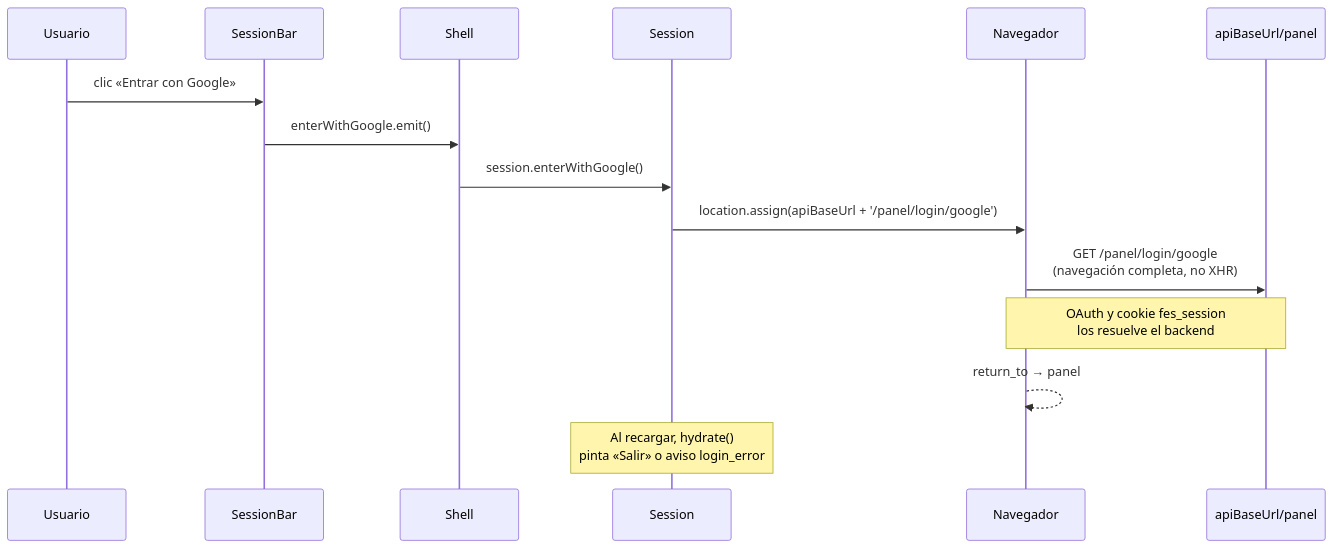
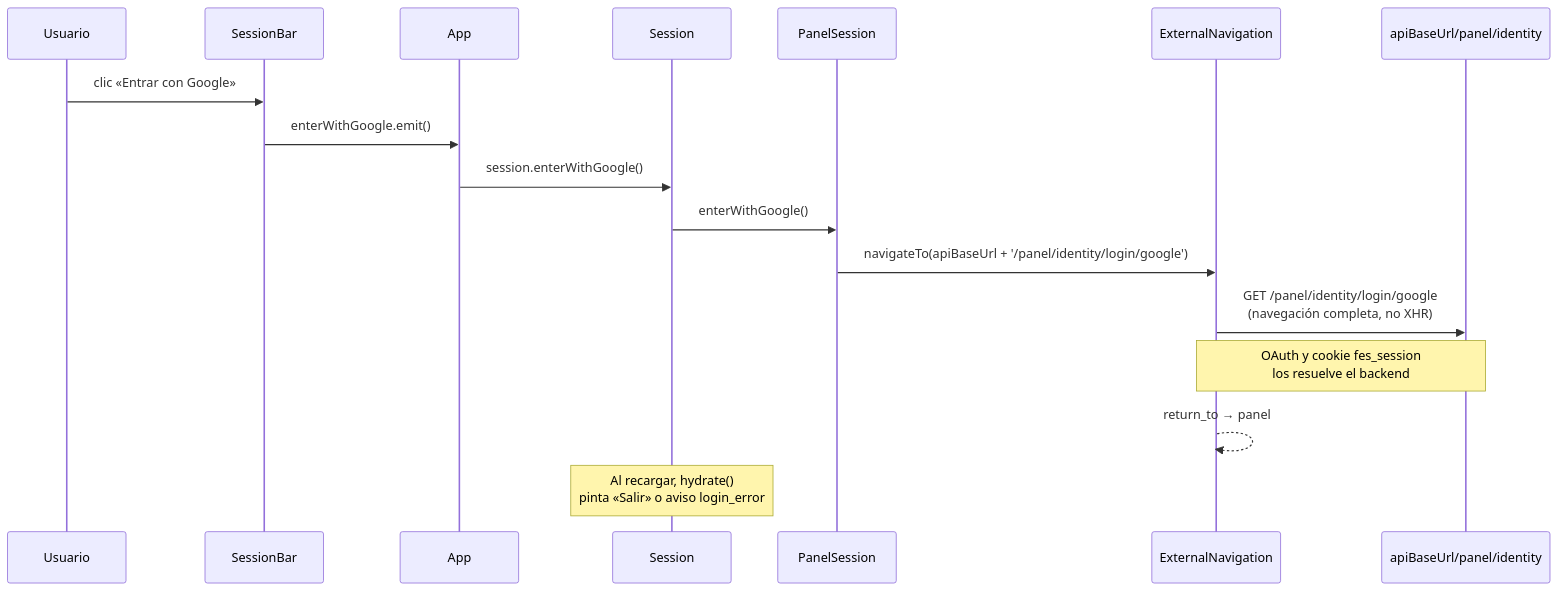
The third of 4 diagrams in specs/001-panel-google-login/uml.md (Dariosoft/fes-panel-web), drawn with Mermaid before and after one commit. The commit also changed other lines of this file and 3 other files, not shown here.

Commit message:
Align panel login spec with implementation

````diff
--- a/specs/001-panel-google-login/uml.md
+++ b/specs/001-panel-google-login/uml.md
@@ -111,18 +120,20 @@
 ```mermaid
 sequenceDiagram
   participant User as Usuario
   participant Bar as SessionBar
-  participant Shell as Shell
+  participant App as App
   participant S as Session
-  participant Nav as Navegador
-  participant API as apiBaseUrl/panel
+  participant PS as PanelSession
+  participant Ext as ExternalNavigation
+  participant API as apiBaseUrl/panel/identity
 
   User->>Bar: clic «Entrar con Google»
-  Bar->>Shell: enterWithGoogle.emit()
-  Shell->>S: session.enterWithGoogle()
-  S->>Nav: location.assign(apiBaseUrl + '/panel/login/google')
-  Nav->>API: GET /panel/login/google<br/>(navegación completa, no XHR)
-  Note over Nav,API: OAuth y cookie fes_session<br/>los resuelve el backend
-  Nav-->>Nav: return_to → panel
+  Bar->>App: enterWithGoogle.emit()
+  App->>S: session.enterWithGoogle()
+  S->>PS: enterWithGoogle()
+  PS->>Ext: navigateTo(apiBaseUrl + '/panel/identity/login/google')
+  Ext->>API: GET /panel/identity/login/google<br/>(navegación completa, no XHR)
+  Note over Ext,API: OAuth y cookie fes_session<br/>los resuelve el backend
+  Ext-->>Ext: return_to → panel
   Note over S: Al recargar, hydrate()<br/>pinta «Salir» o aviso login_error
 ```
````
